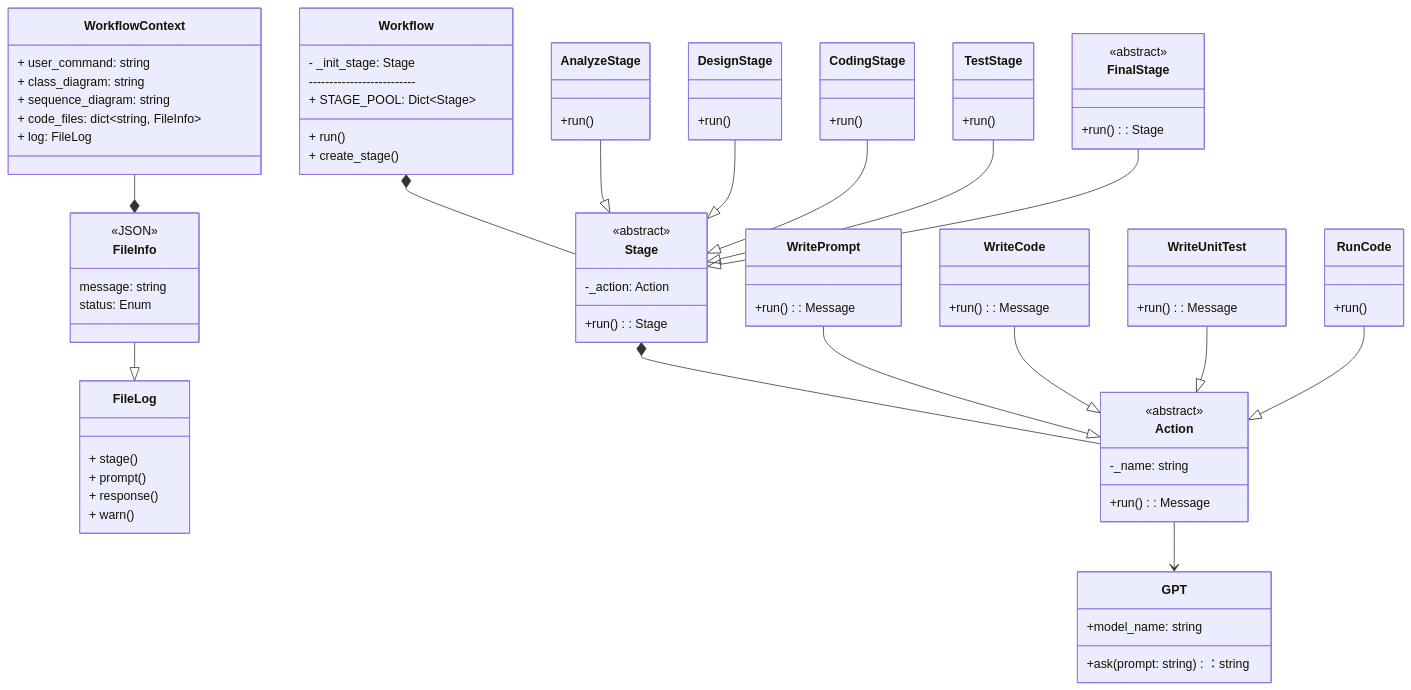
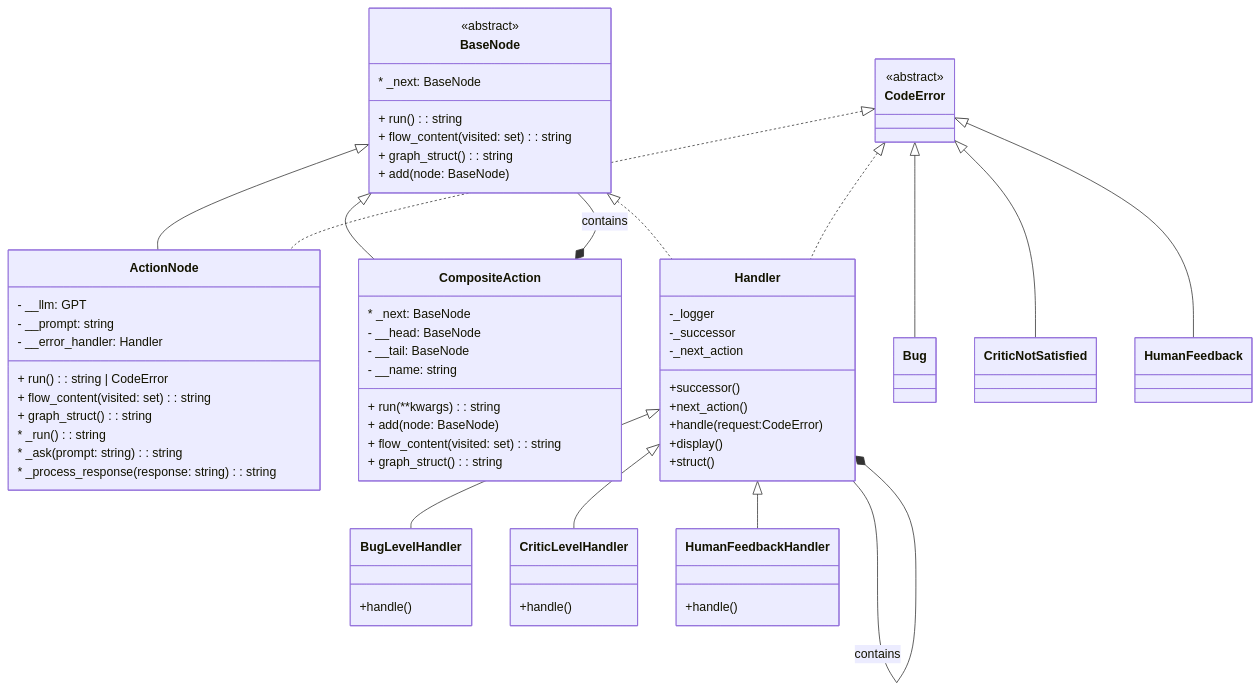
Before and after one commit to Yaashboii/GenSwarmVIP: the diagram in docs/class_diagram.md, drawn with Mermaid.

Commit message:
docs: Update class diagram

````diff
--- a/docs/class_diagram.md
+++ b/docs/class_diagram.md
@@ -1,105 +1,79 @@
 ```mermaid
 classDiagram
-    class Workflow {
-        - _init_stage: Stage
-        --------------------------
-        + STAGE_POOL: Dict~Stage~
-        
-        + run()
-        + create_stage()
+    class BaseNode {
+        <<abstract>>
+        * _next: BaseNode
+        + run(): string
+        + flow_content(visited: set): string
+        + graph_struct(): string
+        + add(node: BaseNode)
     }
-    
-    class FinalStage {
-        <<abstract>>
-        +run(): Stage
+    class ActionNode {
+        - __llm: GPT
+        - __prompt: string
+        - __error_handler: Handler
+        + run(): string | CodeError
+        + flow_content(visited: set): string
+        + graph_struct(): string
+        * _run(): string
+        * _ask(prompt: string): string
+        * _process_response(response: string): string
+    }
+    class CompositeAction {
+        * _next: BaseNode
+        - __head: BaseNode
+        - __tail: BaseNode
+        - __name: string
+        + run(**kwargs): string
+        + add(node: BaseNode)
+        + flow_content(visited: set): string
+        + graph_struct(): string
     }
 
+    BaseNode <|-- ActionNode
+    BaseNode <|-- CompositeAction
+    BaseNode --* CompositeAction : contains
+    CodeError <|.. ActionNode
 
-    class FileInfo {
-        <<JSON>>
-        message: string
-        status: Enum
-    }
     
-    class FileLog {
-        + stage()
-        + prompt()
-        + response()
-        + warn()
-    }
-    
-    FileInfo --|> FileLog
-    
-    class WorkflowContext {
-        + user_command: string
-        + class_diagram: string
-        + sequence_diagram: string
-        + code_files: dict~string, FileInfo~
-        + log: FileLog
+     class BaseNode {
+        <<interface>>
     }
 
-	class GPT {
-        +model_name: string
-		+ask(prompt: string)：string
-	}
-
-    class Stage {
-    <<abstract>>
-        -_action: Action
-        +run(): Stage
+    class CodeError {
+        <<abstract>>
     }
 
-    class AnalyzeStage {
-        +run()
+    class Handler {
+        -_logger
+        -_successor
+        -_next_action
+        +successor()
+        +next_action()
+        +handle(request:CodeError)
+        +display()
+        +struct()
     }
 
-    class DesignStage {
-        +run()
+    class BugLevelHandler {
+        +handle()
     }
 
-    class CodingStage {
-        +run()
+    class CriticLevelHandler {
+        +handle()
     }
 
-    class TestStage {
-        +run()
+    class HumanFeedbackHandler {
+        +handle()
     }
 
-
-    class Action {
-        <<abstract>>
-        -_name: string
-        +run(): Message
-    }
-
-    class WritePrompt {
-        +run(): Message
-    }
-
-    class WriteCode {
-        +run(): Message
-    }
-
-    class WriteUnitTest {
-        +run(): Message
-    }
-
-    class RunCode {
-        +run()
-    }
-
-    Action --> GPT
-    Workflow *-- Stage
-    AnalyzeStage --|> Stage
-    DesignStage --|> Stage
-    CodingStage --|> Stage
-    TestStage --|> Stage
-    FinalStage --|> Stage
-    Stage *-- Action
-    WritePrompt --|> Action
-    WriteCode --|> Action
-    WriteUnitTest --|> Action
-    RunCode --|> Action
-
-    WorkflowContext --* FileInfo
+    CodeError <|-- Bug
+    CodeError <|-- CriticNotSatisfied
+    CodeError <|-- HumanFeedback
+    BaseNode <|.. Handler
+    Handler --* Handler : contains
+    Handler <|-- BugLevelHandler
+    Handler <|-- CriticLevelHandler
+    Handler <|-- HumanFeedbackHandler
+    CodeError <|.. Handler
 ```
````
